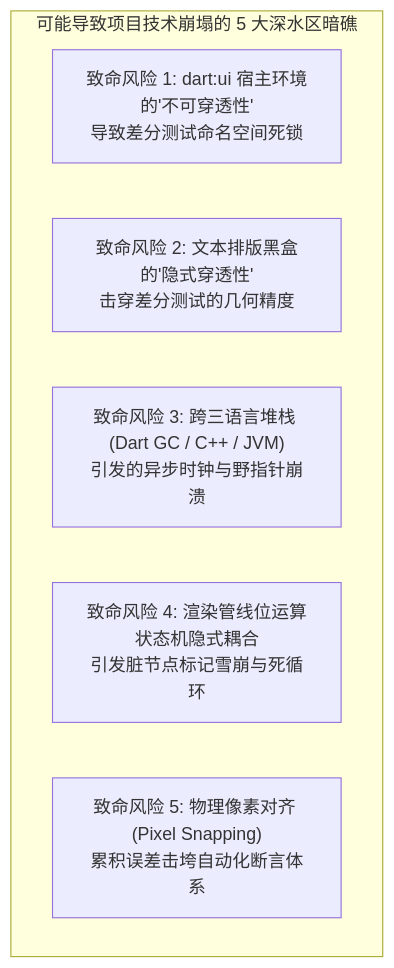
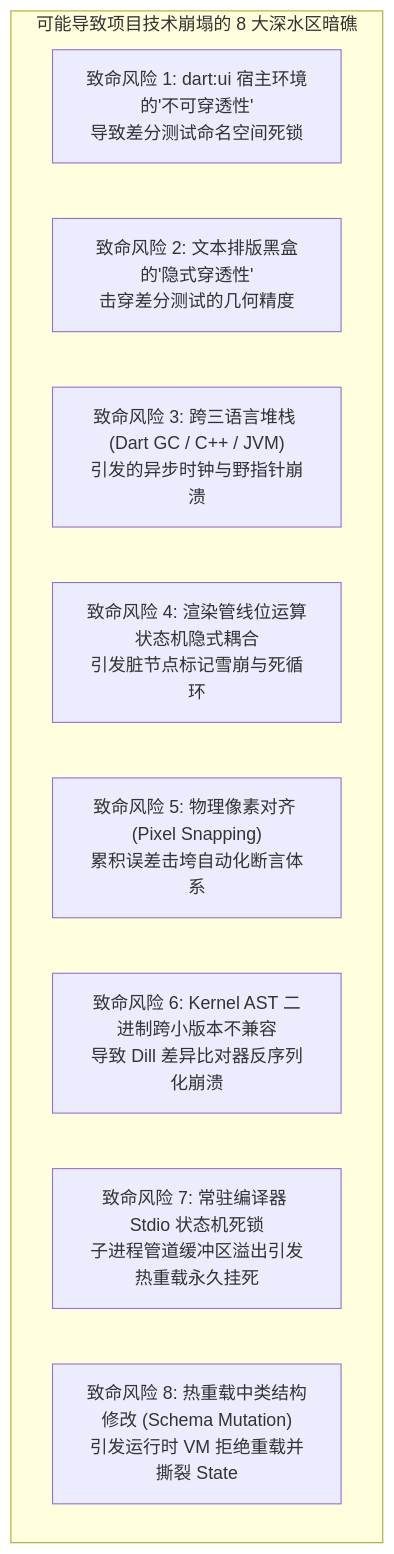
One commit to nobody0726/flutter-anatomy changed the fifth of 5 diagrams in docs/00_master_plan_and_methodology.md. Above: the diagram before and after it, drawn with Mermaid. The commit also changed other lines of this file and 4 other files, not shown here.

````diff
--- a/docs/00_master_plan_and_methodology.md
+++ b/docs/00_master_plan_and_methodology.md
@@ -340,10 +462,13 @@
 ```mermaid
 flowchart TD
-    subgraph FatalRisks [可能导致项目技术崩塌的 5 大深水区暗礁]
+    subgraph FatalRisks [可能导致项目技术崩塌的 8 大深水区暗礁]
         R1["致命风险 1: dart:ui 宿主环境的'不可穿透性'<br>导致差分测试命名空间死锁"]
         R2["致命风险 2: 文本排版黑盒的'隐式穿透性'<br>击穿差分测试的几何精度"]
         R3["致命风险 3: 跨三语言堆栈 (Dart GC / C++ / JVM)<br>引发的异步时钟与野指针崩溃"]
         R4["致命风险 4: 渲染管线位运算状态机隐式耦合<br>引发脏节点标记雪崩与死循环"]
         R5["致命风险 5: 物理像素对齐 (Pixel Snapping)<br>累积误差击垮自动化断言体系"]
+        CR1["致命风险 6: Kernel AST 二进制跨小版本不兼容<br>导致 Dill 差异比对器反序列化崩溃"]
+        CR2["致命风险 7: 常驻编译器 Stdio 状态机死锁<br>子进程管道缓冲区溢出引发热重载永久挂死"]
+        CR3["致命风险 8: 热重载中类结构修改 (Schema Mutation)<br>引发运行时 VM 拒绝重载并撕裂 State"]
     end
 ```
````
